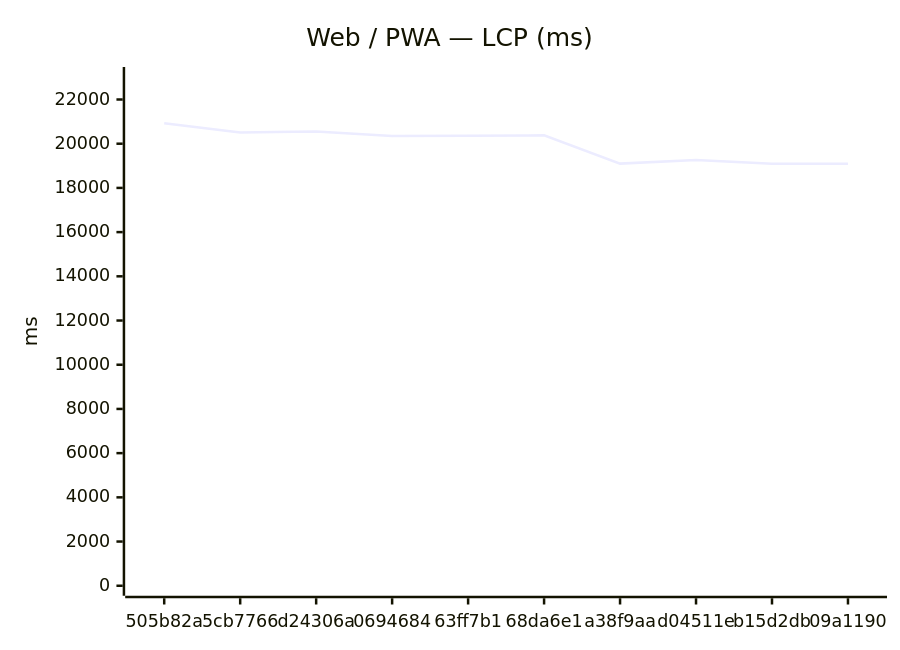
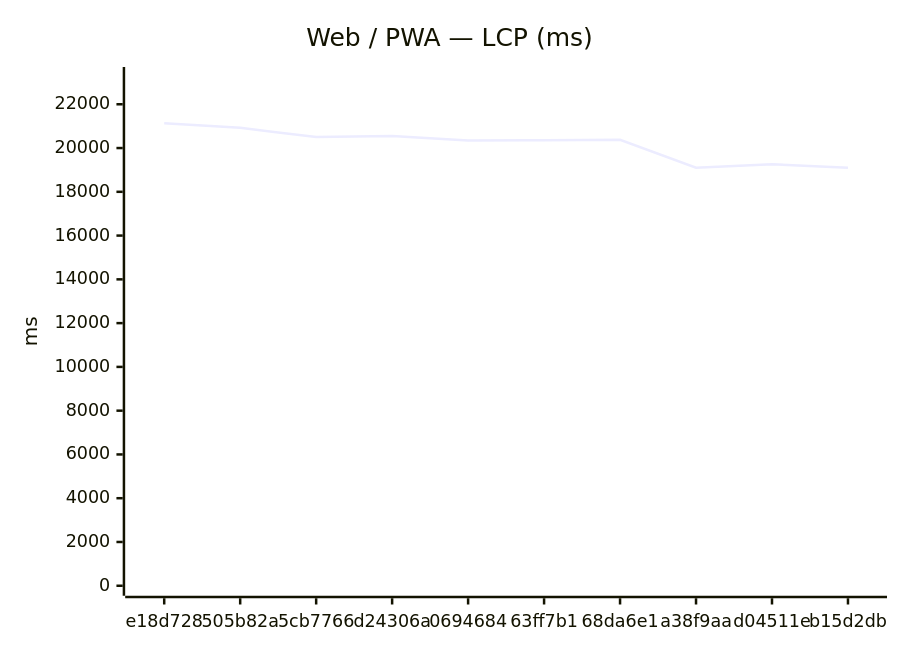
The first of 18 diagrams in benchmarks/compare.md (Metaheurist/Rianell), drawn with Mermaid before and after one commit. The commit also changed other lines of this file and 11 other files, not shown here.

````diff
--- a/benchmarks/compare.md
+++ b/benchmarks/compare.md
@@ -24,7 +24,7 @@
 ```mermaid
 xychart-beta
     title "Web / PWA — LCP (ms)"
-    x-axis ["505b82a", "5cb7766", "d24306a", "0694684", "63ff7b1", "68da6e1", "a38f9aa", "d04511e", "b15d2db", "09a1190"]
-    y-axis "ms" 0 --> 23018
-    line [20925, 20504, 20549, 20346, 20361, 20380, 19099, 19257, 19097, 19090]
+    x-axis ["e18d728", "505b82a", "5cb7766", "d24306a", "0694684", "63ff7b1", "68da6e1", "a38f9aa", "d04511e", "b15d2db"]
+    y-axis "ms" 0 --> 23246
+    line [21132, 20925, 20504, 20549, 20346, 20361, 20380, 19099, 19257, 19097]
 ```
````
